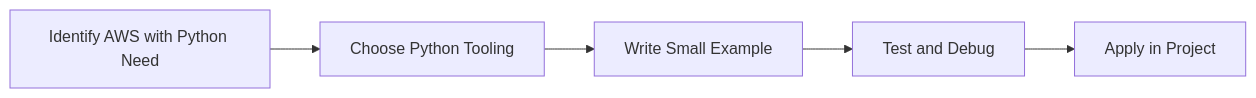
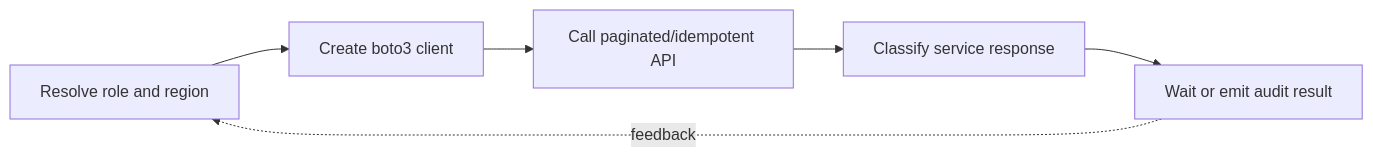
One commit to SYMOIZ/E-Learning-Portal changed the diagram in Python-Mastery/Advanced/34-aws-with-python.md. Above: the diagram before and after it, drawn with Mermaid. The commit also changed other lines of this file and 116 other files, not shown here.

````diff
--- a/Python-Mastery/Advanced/34-aws-with-python.md
+++ b/Python-Mastery/Advanced/34-aws-with-python.md
@@ -133,7 +168,8 @@
 ```mermaid
 flowchart LR
-    A[Identify AWS with Python Need] --> B[Choose Python Tooling]
-    B --> C[Write Small Example]
-    C --> D[Test and Debug]
-    D --> E[Apply in Project]
+    A[Resolve role and region] --> B[Create boto3 client]
+    B --> C[Call paginated/idempotent API]
+    C --> D[Classify service response]
+    D --> E[Wait or emit audit result]
+    E -. feedback .-> A
 ```
````
